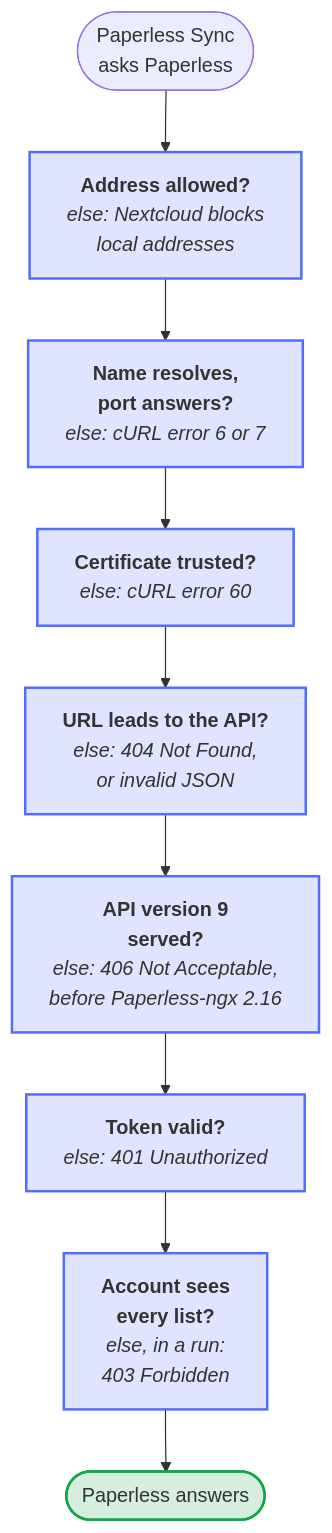
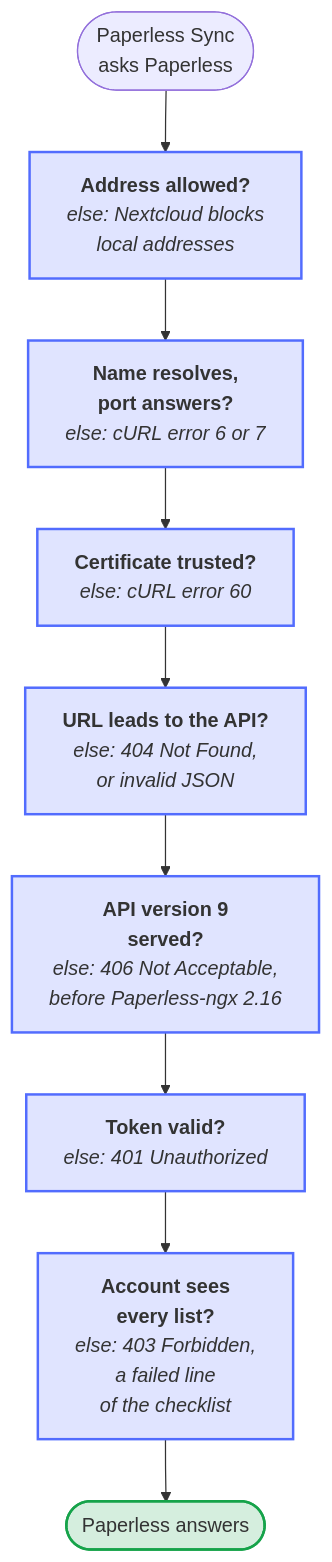
The diagram in docs/diagrams/the-way-of-a-request-from-nextcloud-to-paperless-and-the-error-of-each.mmd (Dennis-Otto/paperless-sync), drawn with Mermaid before and after one commit. The commit also changed 49 other files, not shown here.

First line of the commit message:
feat(settings): a connection checklist that tests every Paperless permission a run needs (#127)

```diff
--- a/docs/diagrams/the-way-of-a-request-from-nextcloud-to-paperless-and-the-error-of-each.mmd
+++ b/docs/diagrams/the-way-of-a-request-from-nextcloud-to-paperless-and-the-error-of-each.mmd
@@ -1,25 +1,25 @@
 ---
 config:
   flowchart:
     nodeSpacing: 24
 ---
 flowchart TB
     accTitle: The way of a request from Nextcloud to Paperless, and the error of each step
-    accDescr: A request of Paperless Sync passes seven steps before Paperless answers with the documents. An address of the local network needs the setting Paperless runs in my local network, or Nextcloud blocks it. The name must resolve and Paperless must answer at its port, or the message has cURL error 6 or 7. A certificate of HTTPS must be one that Nextcloud trusts, or the message has cURL error 60. The URL must lead to the API of Paperless, or the answer is 404 Not Found, or a page of a login that is no JSON. Paperless must serve version 9 of its API, as Paperless-ngx 2.16 and newer do, or the answer is 406 Not Acceptable. The token must be valid, or the answer is 401 Unauthorized. Finally, in a run, the account must see every list that the run reads, or the answer is 403 Forbidden.
+    accDescr: A request of Paperless Sync passes seven steps before Paperless answers with the documents. An address of the local network needs the setting Paperless runs in my local network, or Nextcloud blocks it. The name must resolve and Paperless must answer at its port, or the message has cURL error 6 or 7. A certificate of HTTPS must be one that Nextcloud trusts, or the message has cURL error 60. The URL must lead to the API of Paperless, or the answer is 404 Not Found, or a page of a login that is no JSON. Paperless must serve version 9 of its API, as Paperless-ngx 2.16 and newer do, or the answer is 406 Not Acceptable. The token must be valid, or the answer is 401 Unauthorized. Finally, the account must see every list that a run reads, or the answer is 403 Forbidden: Test connection marks that list as failed, with the permission to grant.
 
     request(["Paperless Sync<br>asks Paperless"])
     local["`**Address allowed?**<br>*else: Nextcloud blocks<br>local addresses*`"]
     reach["`**Name resolves,<br>port answers?**<br>*else: cURL error 6 or 7*`"]
     tls["`**Certificate trusted?**<br>*else: cURL error 60*`"]
     api["`**URL leads to the API?**<br>*else: 404 Not Found,<br>or invalid JSON*`"]
     version["`**API version 9<br>served?**<br>*else: 406 Not Acceptable,<br>before Paperless-ngx 2.16*`"]
     token["`**Token valid?**<br>*else: 401 Unauthorized*`"]
-    lists["`**Account sees<br>every list?**<br>*else, in a run:<br>403 Forbidden*`"]
+    lists["`**Account sees<br>every list?**<br>*else: 403 Forbidden,<br>a failed line<br>of the checklist*`"]
     done(["Paperless answers"])
 
     request --> local --> reach --> tls --> api --> version --> token --> lists --> done
 
     classDef check fill:#526cfe2e,stroke:#526cfe,stroke-width:2px
     classDef done fill:#16a34a2e,stroke:#16a34a,stroke-width:2px
     class local,reach,tls,api,version,token,lists check
     class done done
```
